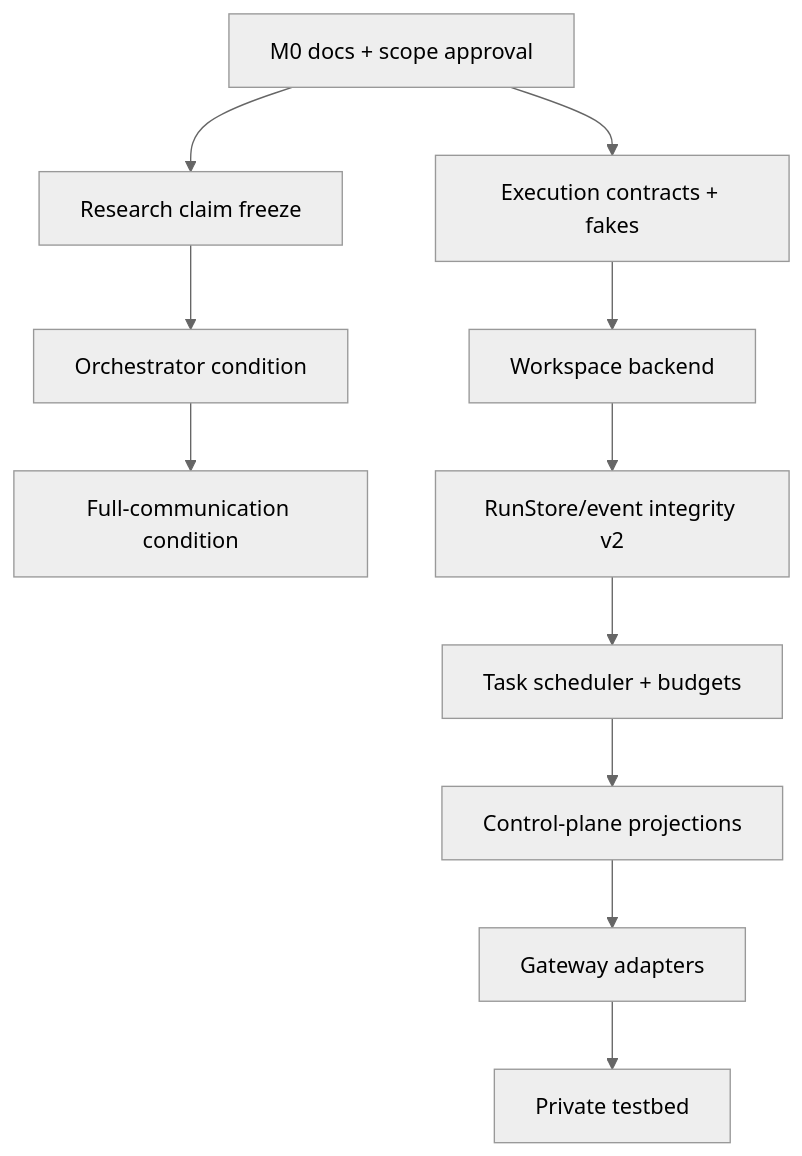
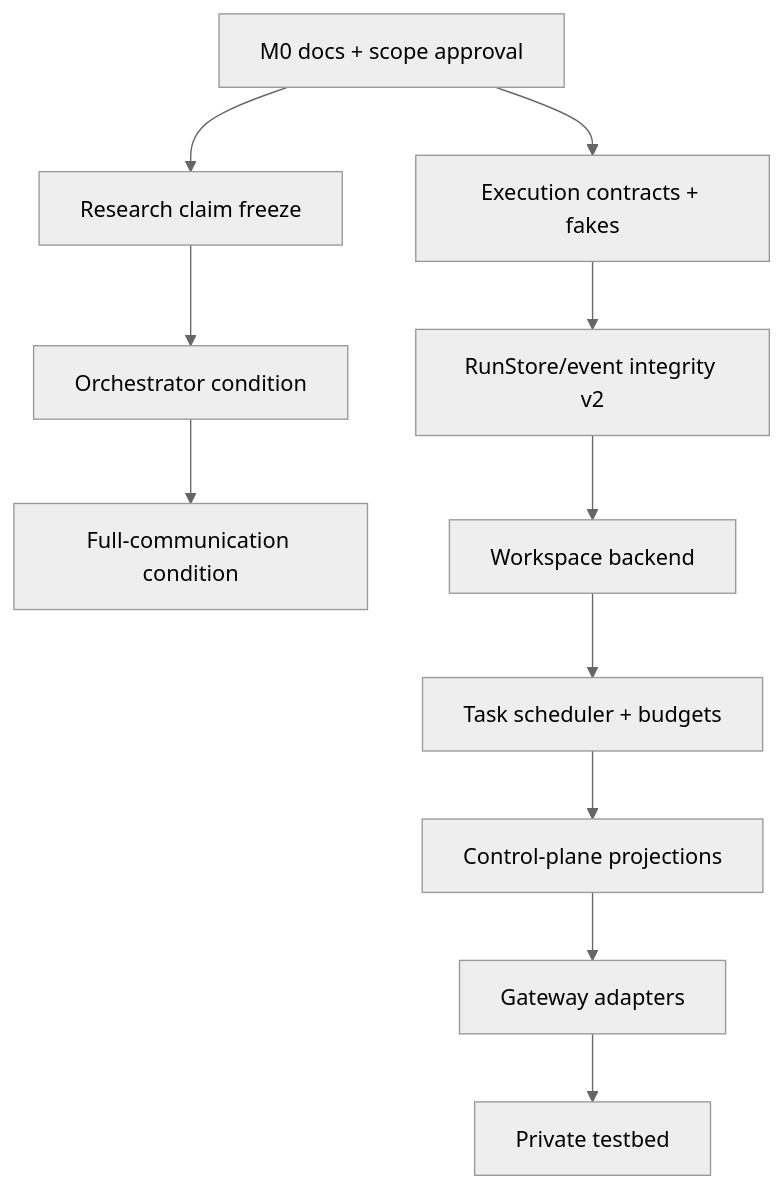
Before and after one commit to rayvoidx/stigmergic-dev-runtime: the diagram in docs/implementation_plan.md, drawn with Mermaid (neutral theme). The commit also changed other lines of this file and 4 other files, not shown here.

````diff
--- a/docs/implementation_plan.md
+++ b/docs/implementation_plan.md
@@ -21,17 +21,17 @@
 ```mermaid
 flowchart TD
     M0[M0 docs + scope approval]
     R1[Research claim freeze]
     R2[Orchestrator condition]
     R3[Full-communication condition]
     C1[Execution contracts + fakes]
     C2[Workspace backend]
     C3[RunStore/event integrity v2]
     C4[Task scheduler + budgets]
     C5[Control-plane projections]
     G[Gateway adapters]
     P[Private testbed]
 
     M0 --> R1 --> R2 --> R3
-    M0 --> C1 --> C2 --> C3 --> C4 --> C5 --> G --> P
+    M0 --> C1 --> C3 --> C2 --> C4 --> C5 --> G --> P
 ```
````
